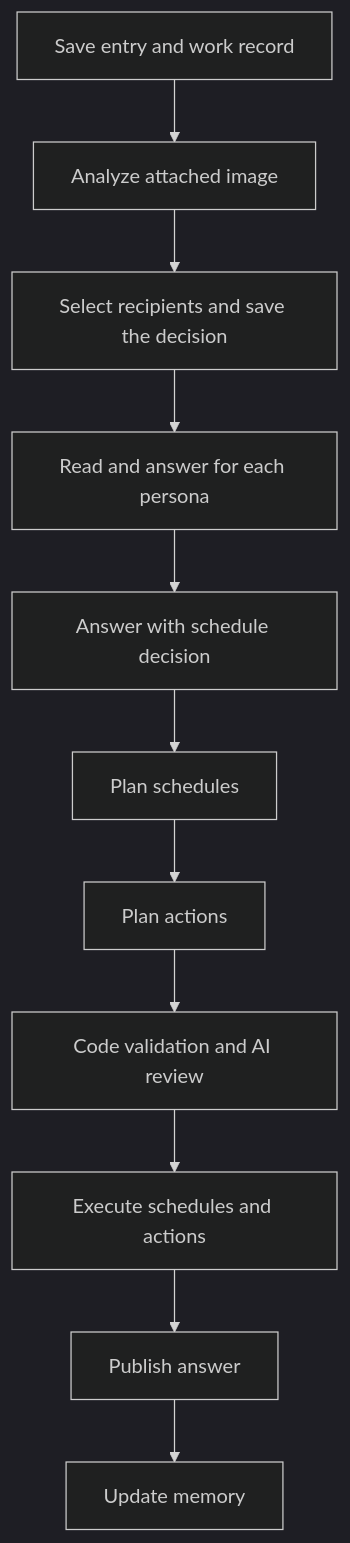
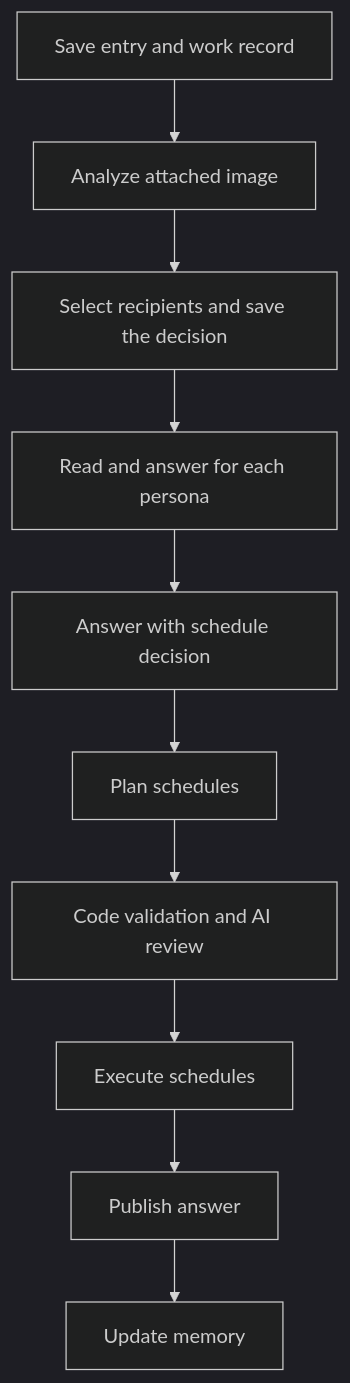
The diagram in docs/technical.md (takeshy/kakeratta), drawn with Mermaid (dark theme) before and after one commit. The commit also changed other lines of this file and 43 other files, not shown here.

````diff
--- a/docs/technical.md
+++ b/docs/technical.md
@@ -347,13 +344,12 @@
 ```mermaid
 flowchart TD
   A[Save entry and work record] --> B[Analyze attached image]
   B --> C[Select recipients and save the decision]
   C --> D[Read and answer for each persona]
   D --> E[Answer with schedule decision]
   E --> F[Plan schedules]
-  F --> G[Plan actions]
-  G --> H[Code validation and AI review]
-  H --> I[Execute schedules and actions]
+  F --> H[Code validation and AI review]
+  H --> I[Execute schedules]
   I --> J[Publish answer]
   J --> K[Update memory]
 ```
````
